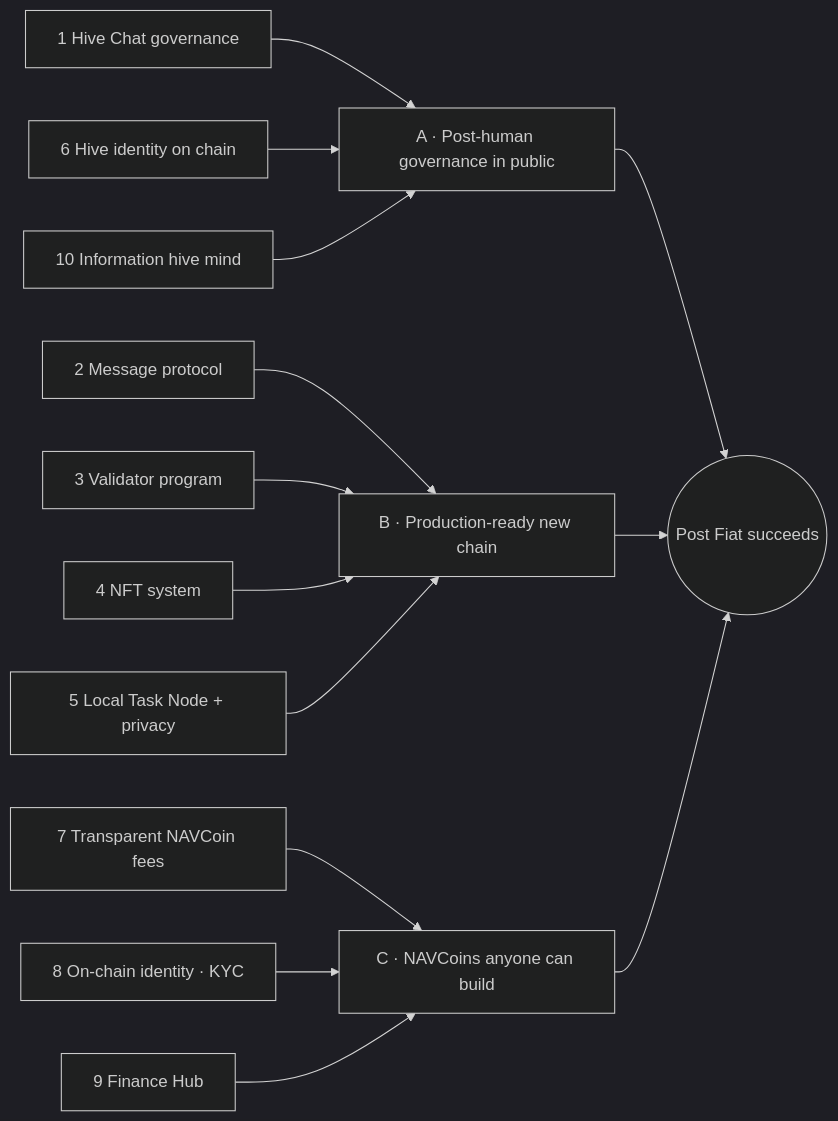
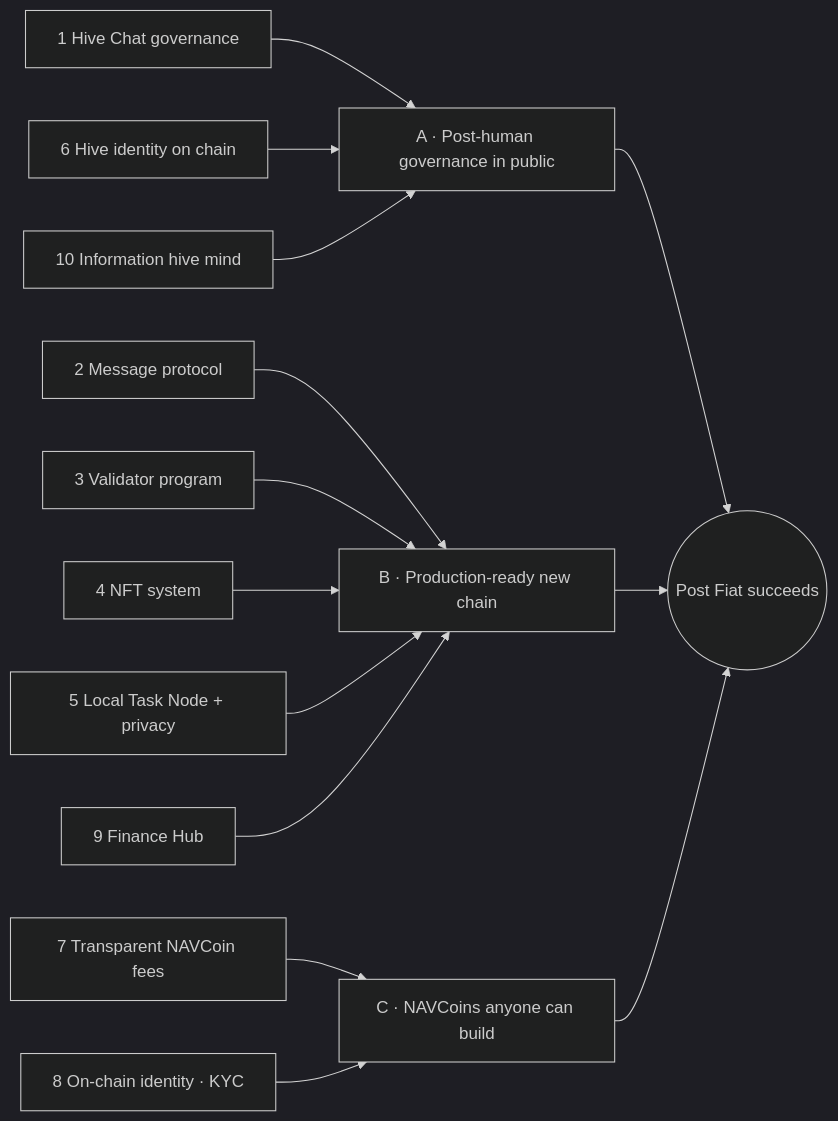
The first of 3 diagrams in big_milestone/README.md (postfiatorg/postfiatl1v2), drawn with Mermaid (dark theme) before and after one commit. The commit also changed other lines of this file and 44 other files, not shown here.

````diff
--- a/big_milestone/README.md
+++ b/big_milestone/README.md
@@ -27,17 +27,17 @@
 ```mermaid
 flowchart LR
     P1[1 Hive Chat governance] --> A
     P6[6 Hive identity on chain] --> A
     P10[10 Information hive mind] --> A
     P2[2 Message protocol] --> B
     P3[3 Validator program] --> B
     P4[4 NFT system] --> B
     P5[5 Local Task Node + privacy] --> B
     P7[7 Transparent NAVCoin fees] --> C
     P8[8 On-chain identity · KYC] --> C
-    P9[9 Finance Hub] --> C
+    P9[9 Finance Hub] --> B
     A[A · Post-human governance in public] --> S
     B[B · Production-ready new chain] --> S
     C[C · NAVCoins anyone can build] --> S
     S((Post Fiat succeeds))
 ```
````
